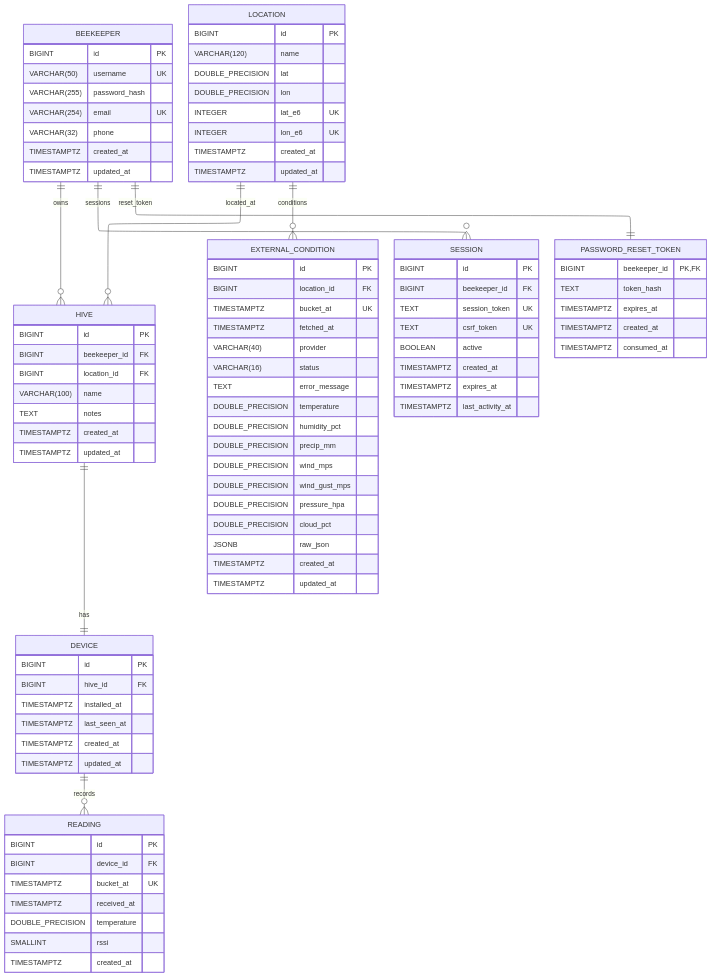
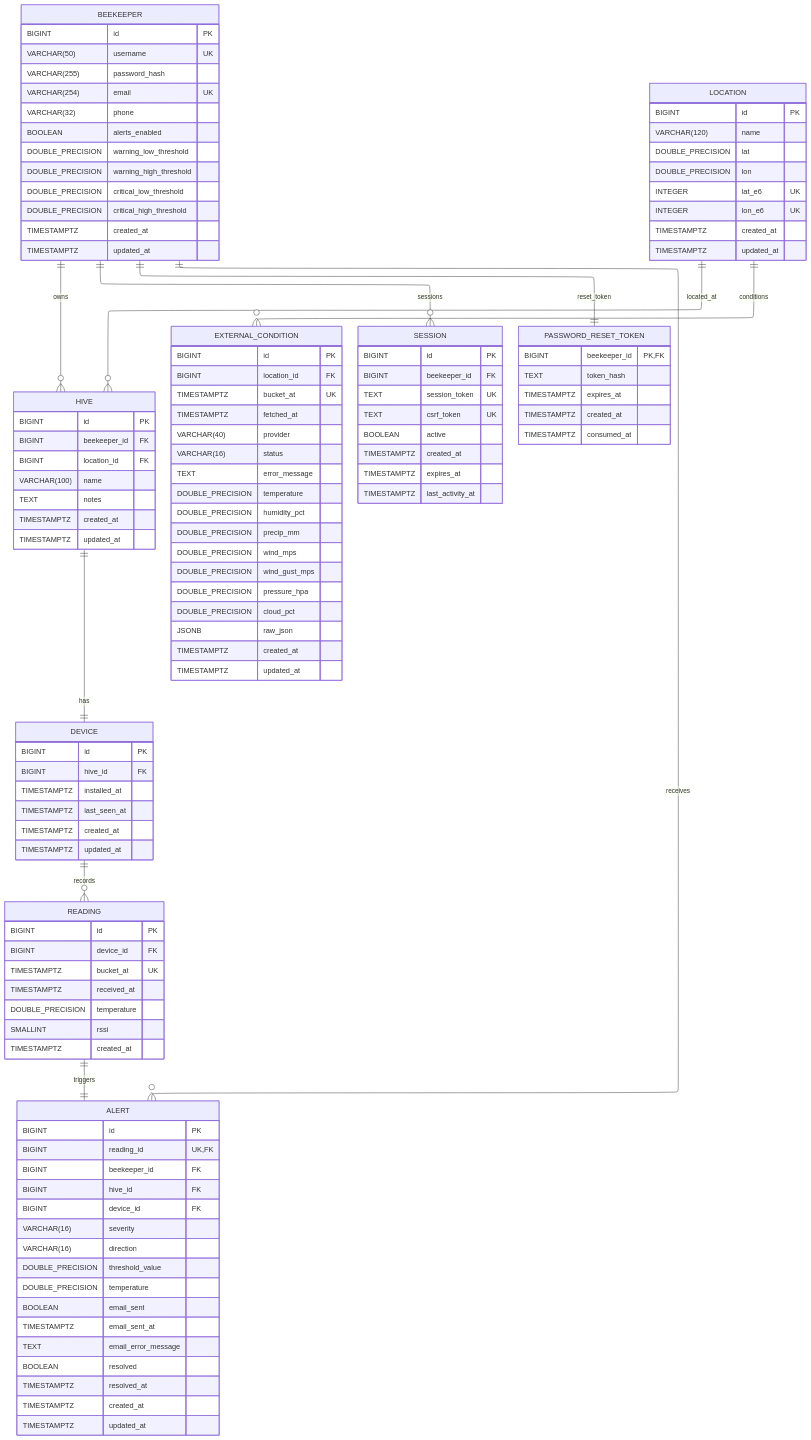
The diagram in backend/docs/er_diagram.mmd (austinjclifton/Asheville), drawn with Mermaid before and after one commit. The commit also changed 52 other files, not shown here.

```diff
--- a/backend/docs/er_diagram.mmd
+++ b/backend/docs/er_diagram.mmd
@@ -1,102 +1,128 @@
 ---
 config:
   layout: elk
 ---
 erDiagram
 
   BEEKEEPER {
     BIGINT id PK
     VARCHAR(50) username UK
     VARCHAR(255) password_hash
     VARCHAR(254) email UK
     VARCHAR(32) phone
+    BOOLEAN alerts_enabled
+    DOUBLE_PRECISION warning_low_threshold
+    DOUBLE_PRECISION warning_high_threshold
+    DOUBLE_PRECISION critical_low_threshold
+    DOUBLE_PRECISION critical_high_threshold
+    TIMESTAMPTZ created_at
+    TIMESTAMPTZ updated_at
+  }
+  ALERT {
+    BIGINT id PK
+    BIGINT reading_id UK, FK
+    BIGINT beekeeper_id FK
+    BIGINT hive_id FK
+    BIGINT device_id FK
+    VARCHAR(16) severity
+    VARCHAR(16) direction
+    DOUBLE_PRECISION threshold_value
+    DOUBLE_PRECISION temperature
+    BOOLEAN email_sent
+    TIMESTAMPTZ email_sent_at
+    TEXT email_error_message
+    BOOLEAN resolved
+    TIMESTAMPTZ resolved_at
     TIMESTAMPTZ created_at
     TIMESTAMPTZ updated_at
   }
 
   LOCATION {
     BIGINT id PK
     VARCHAR(120) name
     DOUBLE_PRECISION lat
     DOUBLE_PRECISION lon
     INTEGER lat_e6 UK
     INTEGER lon_e6 UK
     TIMESTAMPTZ created_at
     TIMESTAMPTZ updated_at
   }
 
   HIVE {
     BIGINT id PK
     BIGINT beekeeper_id FK
     BIGINT location_id FK
     VARCHAR(100) name
     TEXT notes
     TIMESTAMPTZ created_at
     TIMESTAMPTZ updated_at
   }
 
   DEVICE {
     BIGINT id PK
     BIGINT hive_id FK
     TIMESTAMPTZ installed_at
     TIMESTAMPTZ last_seen_at
     TIMESTAMPTZ created_at
     TIMESTAMPTZ updated_at
   }
 
   READING {
     BIGINT id PK
     BIGINT device_id FK
     TIMESTAMPTZ bucket_at UK
     TIMESTAMPTZ received_at
     DOUBLE_PRECISION temperature
     SMALLINT rssi
     TIMESTAMPTZ created_at
   }
 
   EXTERNAL_CONDITION {
     BIGINT id PK
     BIGINT location_id FK
     TIMESTAMPTZ bucket_at UK
     TIMESTAMPTZ fetched_at
     VARCHAR(40) provider
     VARCHAR(16) status
     TEXT error_message
     DOUBLE_PRECISION temperature
     DOUBLE_PRECISION humidity_pct
     DOUBLE_PRECISION precip_mm
     DOUBLE_PRECISION wind_mps
     DOUBLE_PRECISION wind_gust_mps
     DOUBLE_PRECISION pressure_hpa
     DOUBLE_PRECISION cloud_pct
     JSONB raw_json
     TIMESTAMPTZ created_at
     TIMESTAMPTZ updated_at
   }
 
   SESSION {
     BIGINT id PK
     BIGINT beekeeper_id FK
     TEXT session_token UK
     TEXT csrf_token UK
     BOOLEAN active
     TIMESTAMPTZ created_at
     TIMESTAMPTZ expires_at
     TIMESTAMPTZ last_activity_at
   }
 
   PASSWORD_RESET_TOKEN {
     BIGINT beekeeper_id PK, FK
     TEXT token_hash
     TIMESTAMPTZ expires_at
     TIMESTAMPTZ created_at
     TIMESTAMPTZ consumed_at
   }
 
   BEEKEEPER ||--o{ HIVE : owns
   LOCATION  ||--o{ HIVE : located_at
   HIVE      ||--|| DEVICE : has
   DEVICE    ||--o{ READING : records
   LOCATION  ||--o{ EXTERNAL_CONDITION : conditions
   BEEKEEPER ||--o{ SESSION : sessions
   BEEKEEPER ||--|| PASSWORD_RESET_TOKEN : reset_token
+
+  READING ||--|| ALERT : triggers
+  BEEKEEPER ||--o{ ALERT : receives
```
